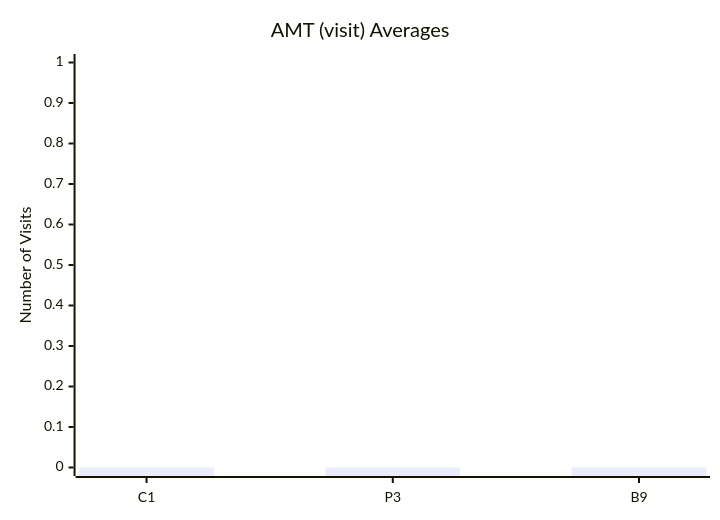
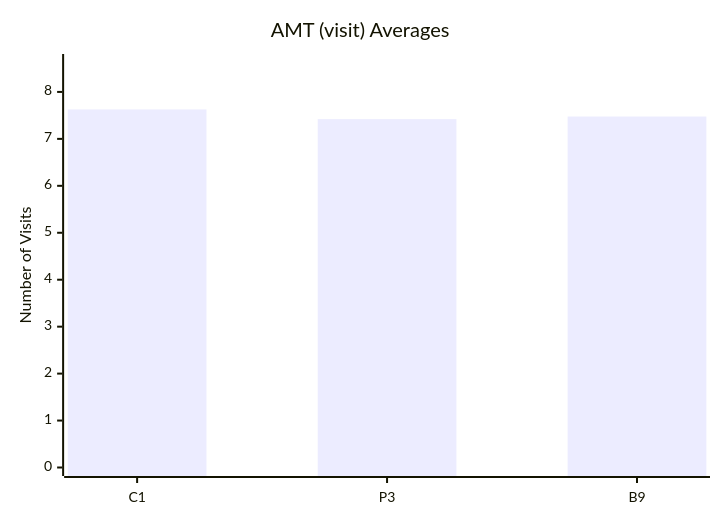
Diagram 11 of 11 in test-tools/DataGen/src/Statistics_Visualizer.md (dhagan-va/intern-2025), drawn with Mermaid before and after one commit. The commit also changed other lines of this file and 4 other files, not shown here.

````diff
--- a/test-tools/DataGen/src/Statistics_Visualizer.md
+++ b/test-tools/DataGen/src/Statistics_Visualizer.md
@@ -108,7 +118,7 @@
 ```mermaid
 xychart-beta
     title "AMT (visit) Averages"
     x-axis ["C1", "P3", "B9"]
-    y-axis "Number of Visits" 0 --> 1.0
-    bar [0.0, 0.0, 0.0]
+    y-axis "Number of Visits" 0 --> 8.626780626780626
+    bar [7.626780626780627, 7.420702754036087, 7.476495726495727]
 ```
````
